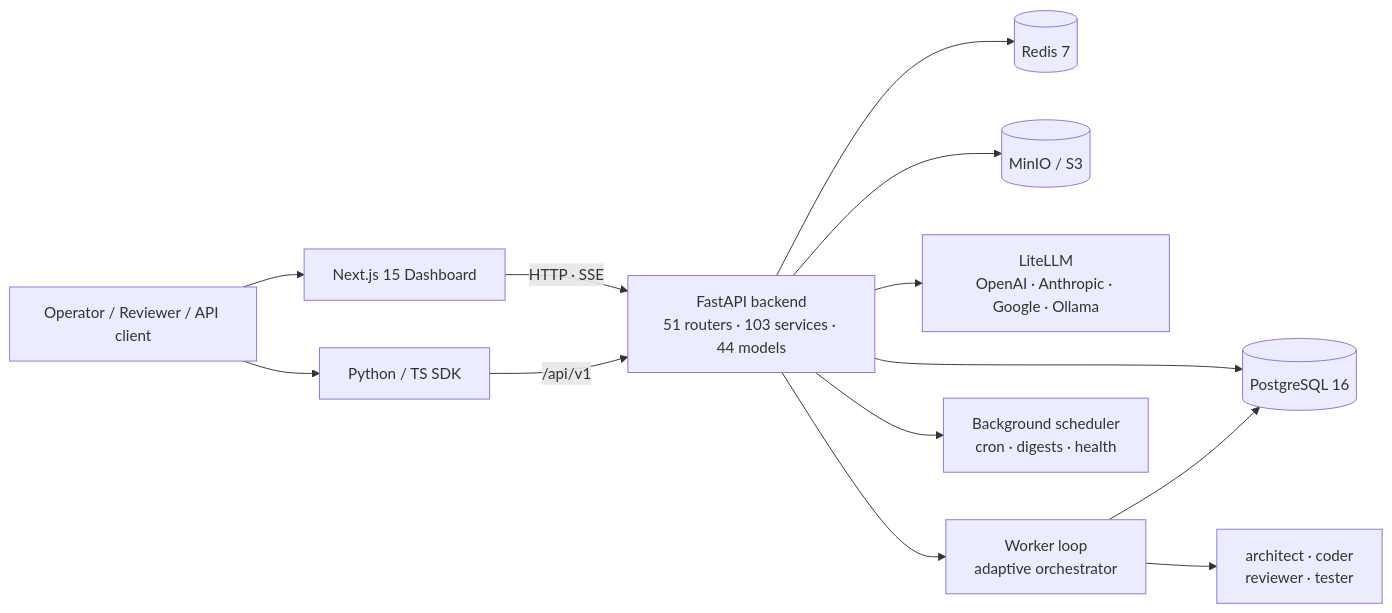
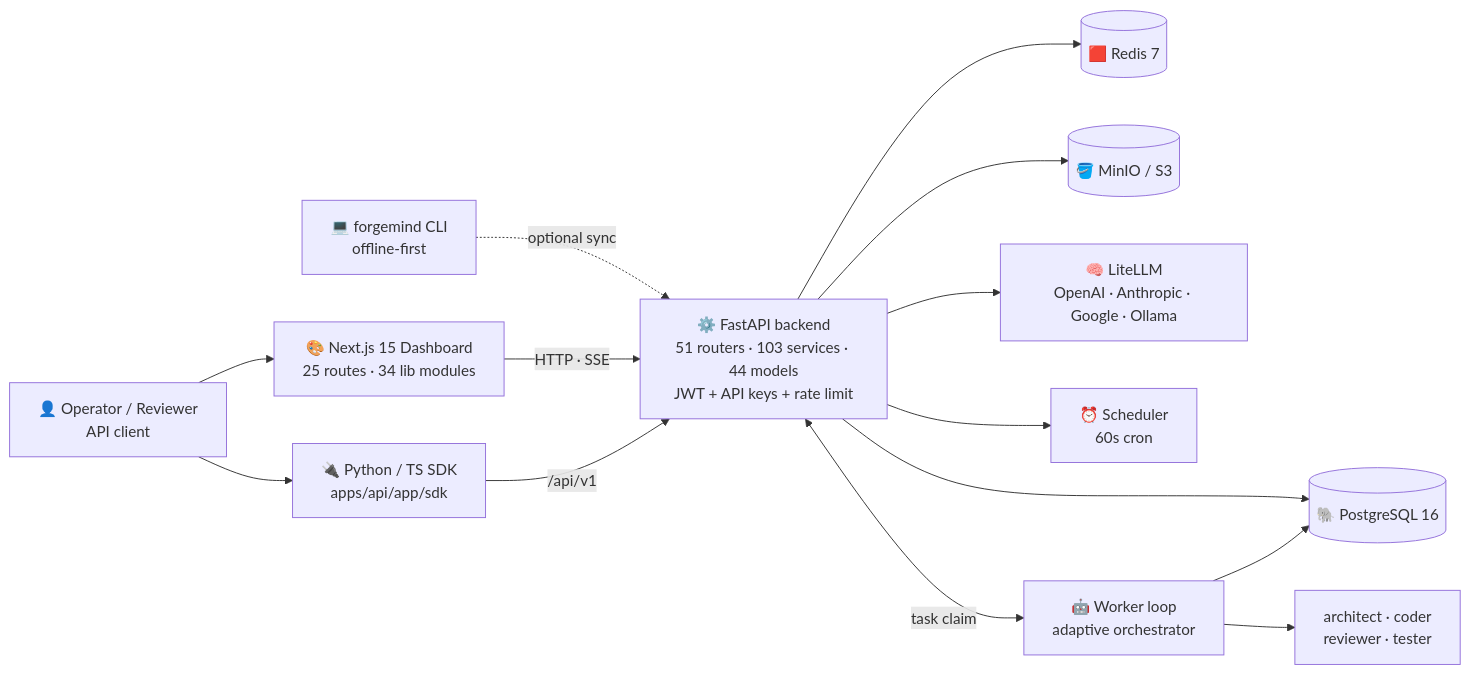
One commit to priyankmistry21699-web/Forgemind changed the first of 4 diagrams in README.md. Above: the diagram before and after it, drawn with Mermaid. The commit also changed other lines of this file, not shown here.

First line of the commit message:
docs(readme): polish pass - visual hierarchy with 4 Mermaid architecture diagrams

````diff
--- a/README.md
+++ b/README.md
@@ -73,16 +163,21 @@
 ```mermaid
 flowchart LR
-    U[Operator / Reviewer / API client] --> FE[Next.js 15 Dashboard]
-    U --> SDK[Python / TS SDK]
+    U["👤 Operator / Reviewer<br/>API client"] --> FE["🎨 Next.js 15 Dashboard<br/>25 routes · 34 lib modules"]
+    U --> SDK["🔌 Python / TS SDK<br/>apps/api/app/sdk"]
+    CLI["💻 forgemind CLI<br/>offline-first"] -. optional sync .-> API
+
     FE -->|HTTP · SSE| API
     SDK -->|/api/v1| API
-    API[FastAPI backend<br/>51 routers · 103 services · 44 models]
-    API --> PG[(PostgreSQL 16)]
-    API --> RD[(Redis 7)]
-    API --> S3[(MinIO / S3)]
-    API --> LLM[LiteLLM<br/>OpenAI · Anthropic · Google · Ollama]
-    API --> WORK[Worker loop<br/>adaptive orchestrator]
-    WORK --> AG[architect · coder<br/>reviewer · tester]
+
+    API["⚙️ FastAPI backend<br/>51 routers · 103 services · 44 models<br/>JWT + API keys + rate limit"]
+
+    API --> PG[("🐘 PostgreSQL 16")]
+    API --> RD[("🟥 Redis 7")]
+    API --> S3[("🪣 MinIO / S3")]
+    API --> LLM["🧠 LiteLLM<br/>OpenAI · Anthropic · Google · Ollama"]
+    API --> SCHED["⏰ Scheduler<br/>60s cron"]
+    API <-->|task claim| WORK
+
+    WORK["🤖 Worker loop<br/>adaptive orchestrator"] --> AG["architect · coder<br/>reviewer · tester"]
     WORK --> PG
-    API --> SCHED[Background scheduler<br/>cron · digests · health]
 ```
````
